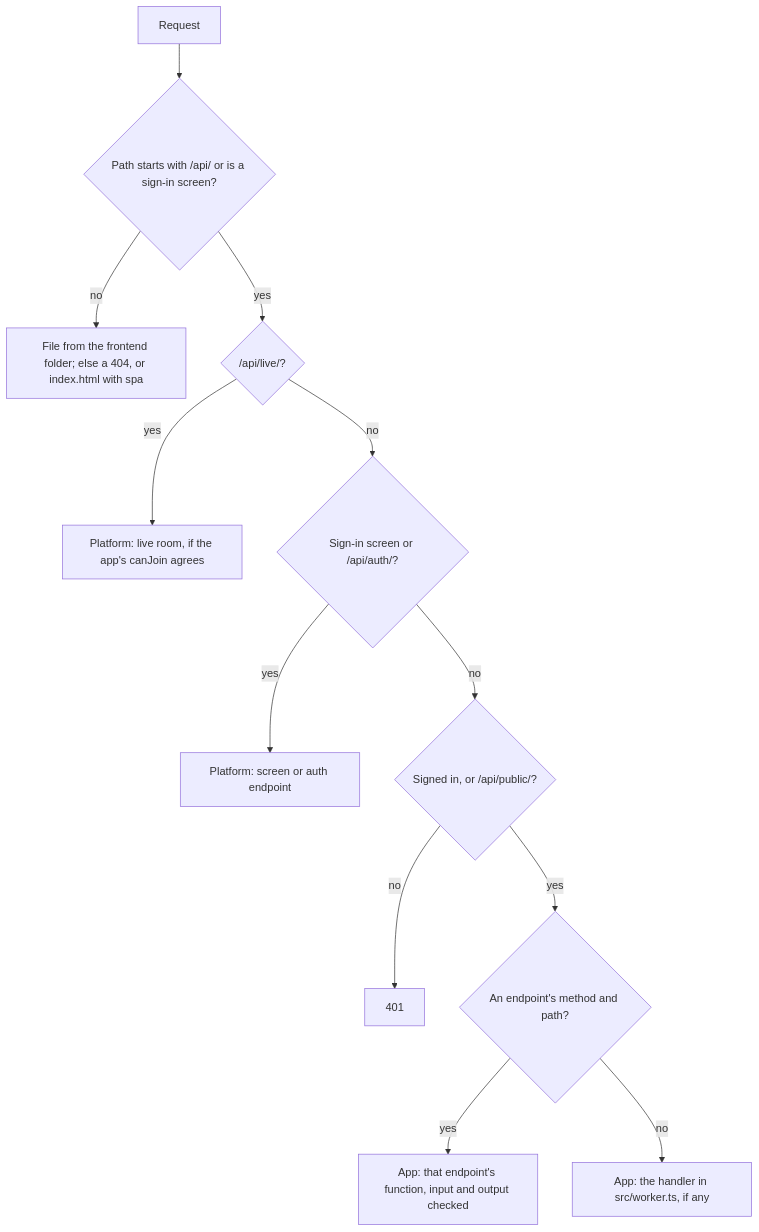
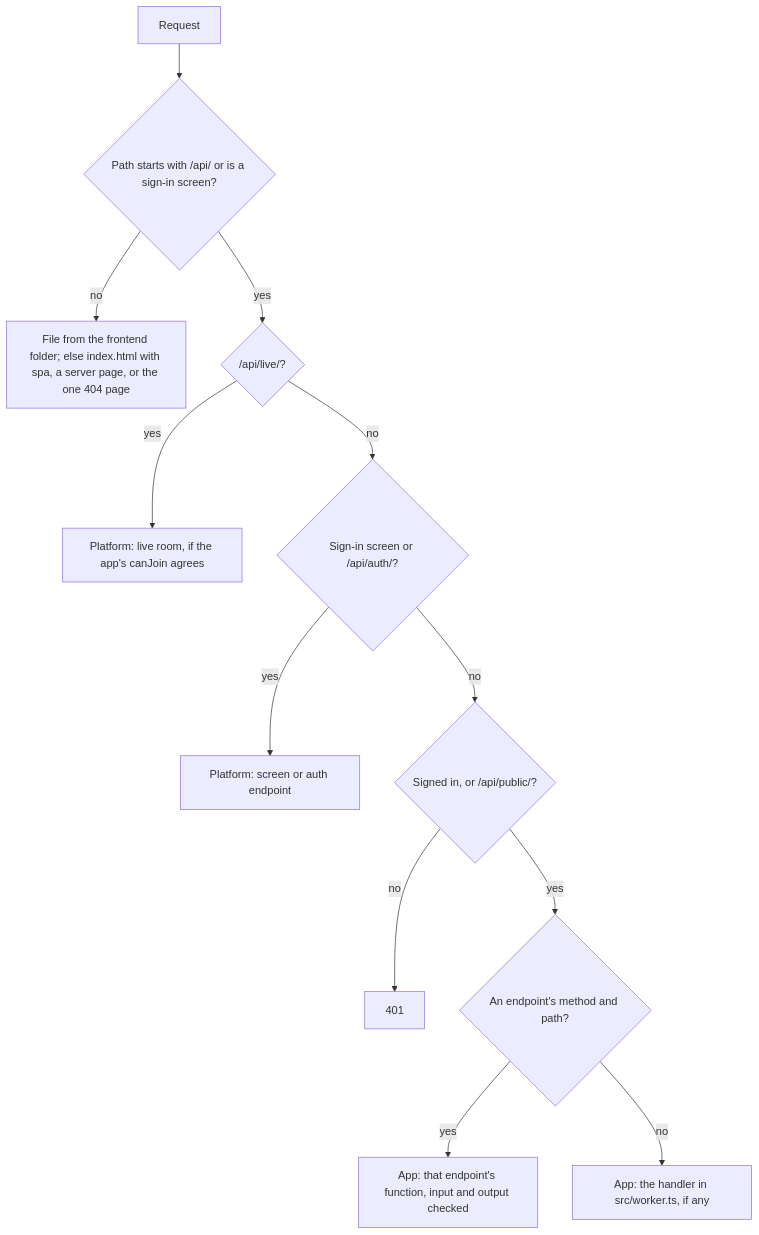
The first of 2 diagrams in docs/how-it-works.md (celsoft-com/platform), drawn with Mermaid before and after one commit. The commit also changed other lines of this file and 8 other files, not shown here.

First line of the commit message:
fix(routes): any path outside /api/ that nothing answers is the one 404 page

````diff
--- a/docs/how-it-works.md
+++ b/docs/how-it-works.md
@@ -47,14 +47,14 @@
 ```mermaid
 flowchart TD
   R[Request] --> A{Path starts with /api/ or is a sign-in screen?}
-  A -- no --> S[File from the frontend folder; else a 404, or index.html with spa]
+  A -- no --> S[File from the frontend folder; else index.html with spa, a server page, or the one 404 page]
   A -- yes --> L{/api/live/?}
   L -- yes --> LR[Platform: live room, if the app's canJoin agrees]
   L -- no --> P{Sign-in screen or /api/auth/?}
   P -- yes --> PA[Platform: screen or auth endpoint]
   P -- no --> G{Signed in, or /api/public/?}
   G -- no --> X[401]
   G -- yes --> E{An endpoint's method and path?}
   E -- yes --> EP[App: that endpoint's function, input and output checked]
   E -- no --> H[App: the handler in src/worker.ts, if any]
 ```
````
